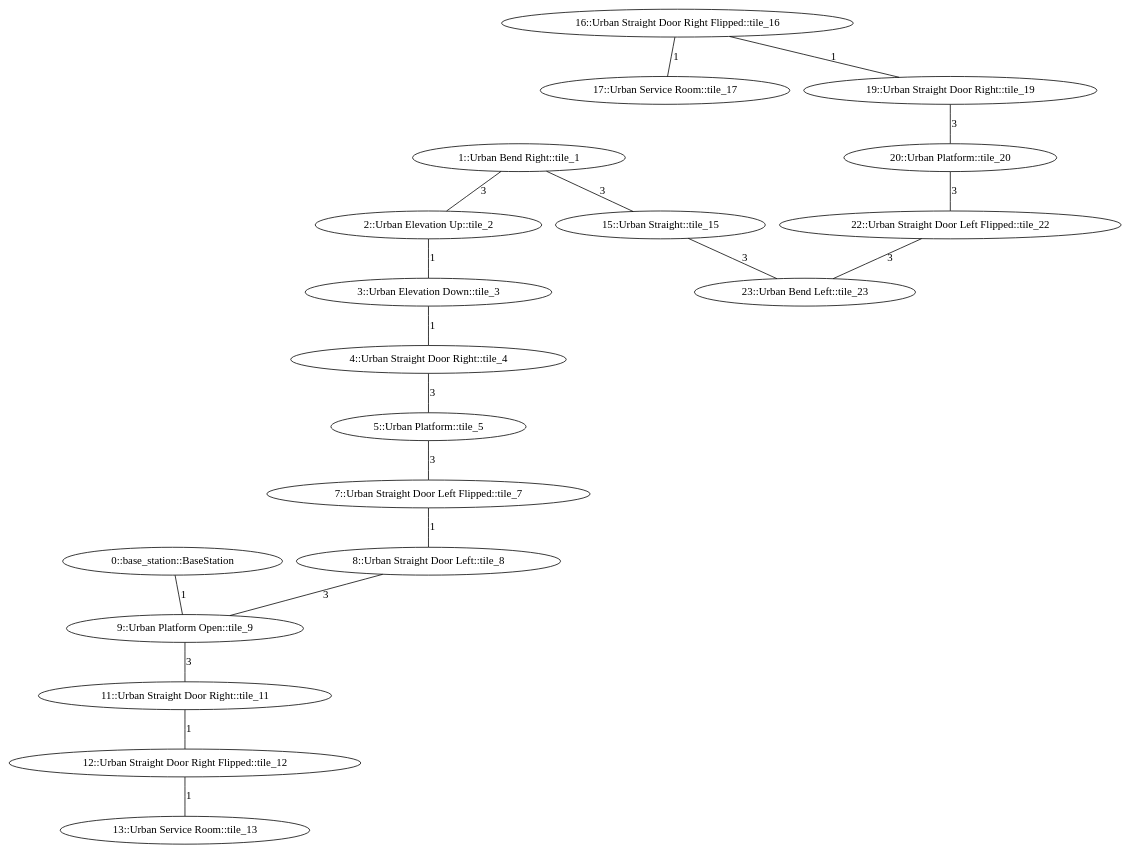
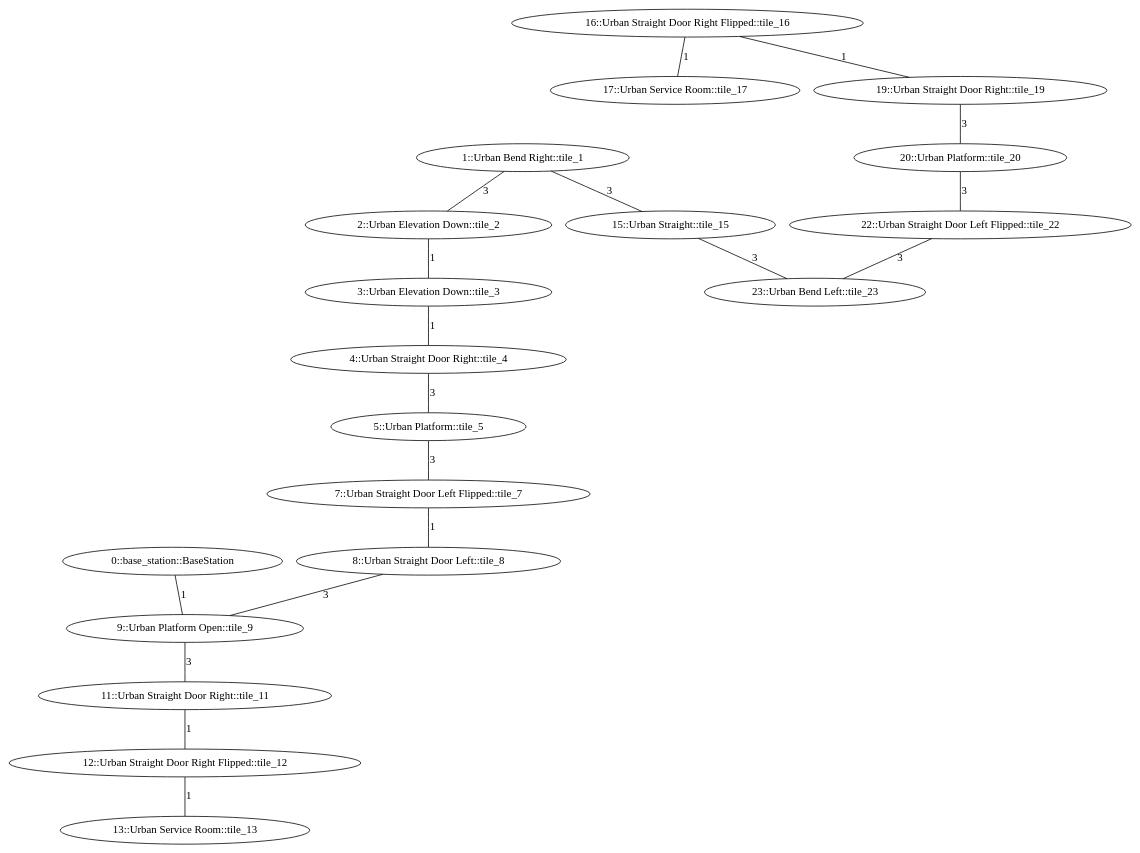
One commit to osrf/subt changed the diagram in subt_ign/worlds/simple_urban_03.dot. Above: the diagram before and after it, drawn with Graphviz. The commit also changed 2 other files, not shown here.

```diff
--- a/subt_ign/worlds/simple_urban_03.dot
+++ b/subt_ign/worlds/simple_urban_03.dot
@@ -1,51 +1,51 @@
 /* Visibility graph for simple_urban_03.tsv */
 /* Generated with the tile_tsv.py script: */
 /*   tile_tsv.py simple_urban_03.tsv -\-graph-file simple_urban_03.dot -\-world-file simple_urban_03.sdf -\-world-name simple_urban_03 -\-scale_x 40 -\-scale_y 40 -\-urban -\-y0 32 -\-x0 -480 */
 
 graph {
   /* ==== Vertices ==== */
 
   /* Base station / Staging area */
   0   [label="0::base_station::BaseStation"];
 
   1   [label="1::Urban Bend Right::tile_1"];
-  2   [label="2::Urban Elevation Up::tile_2"];
+  2   [label="2::Urban Elevation Down::tile_2"];
   3   [label="3::Urban Elevation Down::tile_3"];
   4   [label="4::Urban Straight Door Right::tile_4"];
   5   [label="5::Urban Platform::tile_5"];
   7   [label="7::Urban Straight Door Left Flipped::tile_7"];
   8   [label="8::Urban Straight Door Left::tile_8"];
   9   [label="9::Urban Platform Open::tile_9"];
   11  [label="11::Urban Straight Door Right::tile_11"];
   12  [label="12::Urban Straight Door Right Flipped::tile_12"];
   13  [label="13::Urban Service Room::tile_13"];
   15  [label="15::Urban Straight::tile_15"];
   16  [label="16::Urban Straight Door Right Flipped::tile_16"];
   17  [label="17::Urban Service Room::tile_17"];
   19  [label="19::Urban Straight Door Right::tile_19"];
   20  [label="20::Urban Platform::tile_20"];
   22  [label="22::Urban Straight Door Left Flipped::tile_22"];
   23  [label="23::Urban Bend Left::tile_23"];
 
   /* ==== Edges ==== */
 
   /* Base station */
   0  -- 9   [label=1];
   1  -- 2   [label=3];
   1  -- 15  [label=3];
   2  -- 3   [label=1];
   3  -- 4   [label=1];
   4  -- 5   [label=3];
   5  -- 7   [label=3];
   7  -- 8   [label=1];
   8  -- 9   [label=3];
   9  -- 11  [label=3];
   11 -- 12  [label=1];
   15 -- 23  [label=3];
   16 -- 19  [label=1];
   19 -- 20  [label=3];
   20 -- 22  [label=3];
   22 -- 23  [label=3];
   12 -- 13  [label=1];
   16 -- 17  [label=1];
 }
```
